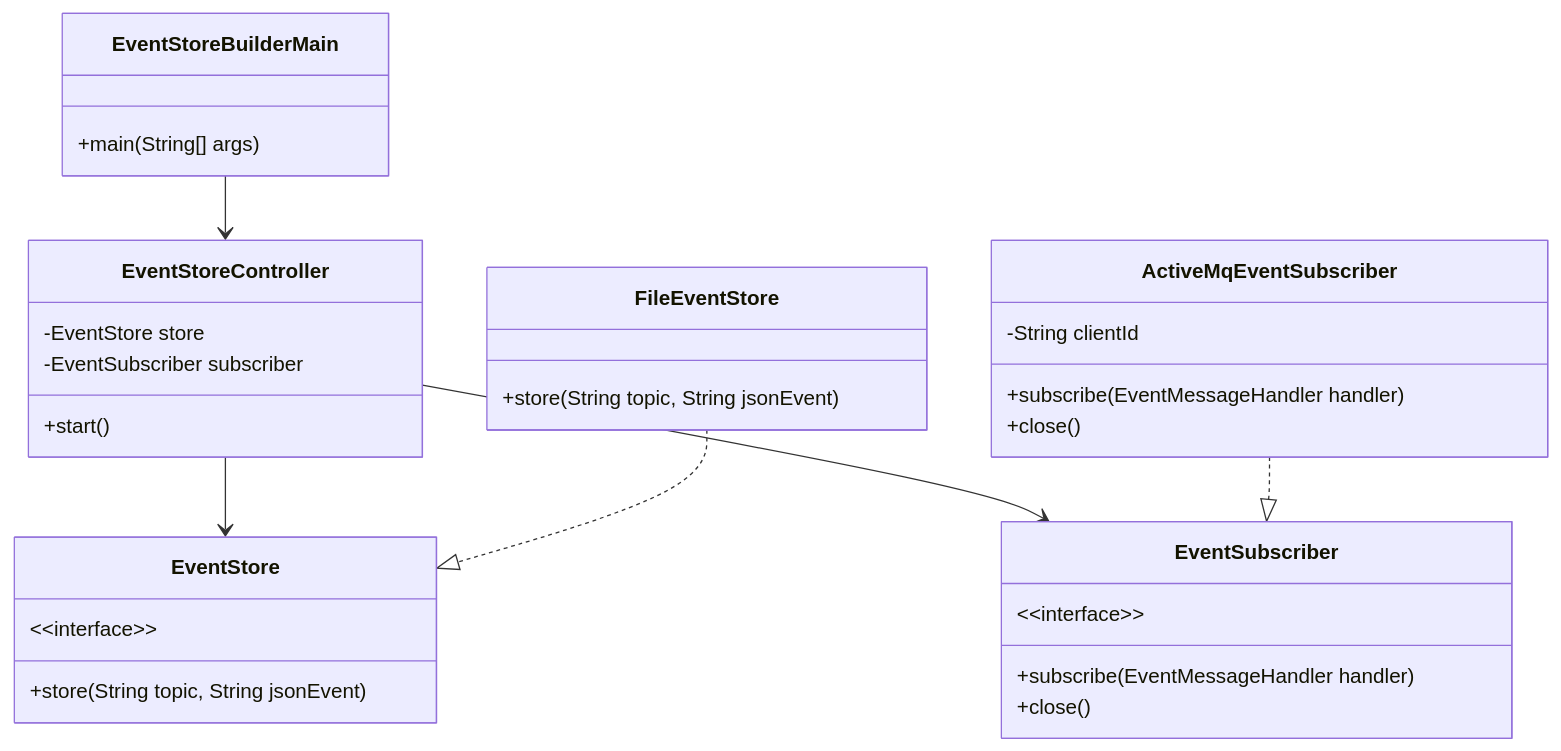
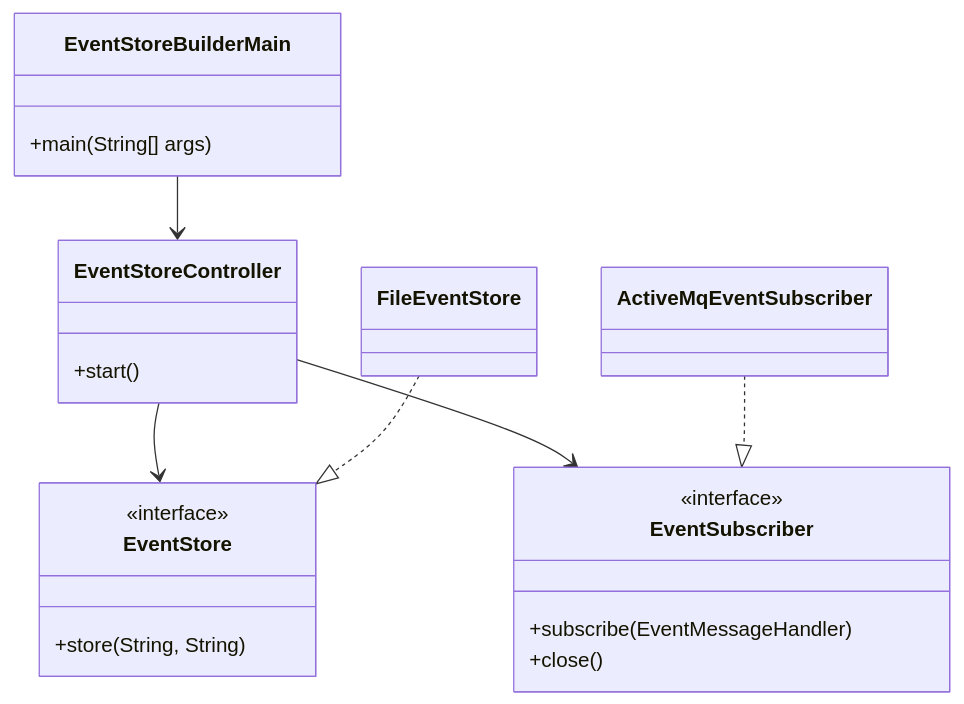
The diagram in docs/diagrams/eventstorebuilder-classes.mmd (Xami650/OrbitalAlpha), drawn with Mermaid before and after one commit. The commit also changed 11 other files, not shown here.

First line of the commit message:
docs: regenerate class diagrams with vertical layout and fix test

```diff
--- a/docs/diagrams/eventstorebuilder-classes.mmd
+++ b/docs/diagrams/eventstorebuilder-classes.mmd
@@ -1,32 +1,26 @@
 classDiagram
+    direction TB
+
     class EventStoreBuilderMain {
         +main(String[] args)
     }
     class EventStoreController {
-        -EventStore store
-        -EventSubscriber subscriber
         +start()
     }
     class EventStore {
-        &lt;&lt;interface&gt;&gt;
-        +store(String topic, String jsonEvent)
+        <<interface>>
+        +store(String, String)
     }
-    class FileEventStore {
-        +store(String topic, String jsonEvent)
-    }
+    class FileEventStore
     class EventSubscriber {
-        &lt;&lt;interface&gt;&gt;
-        +subscribe(EventMessageHandler handler)
+        <<interface>>
+        +subscribe(EventMessageHandler)
         +close()
     }
-    class ActiveMqEventSubscriber {
-        -String clientId
-        +subscribe(EventMessageHandler handler)
-        +close()
-    }
+    class ActiveMqEventSubscriber
 
     EventStoreBuilderMain --> EventStoreController
     EventStoreController --> EventStore
     EventStoreController --> EventSubscriber
     FileEventStore ..|> EventStore
     ActiveMqEventSubscriber ..|> EventSubscriber
```
